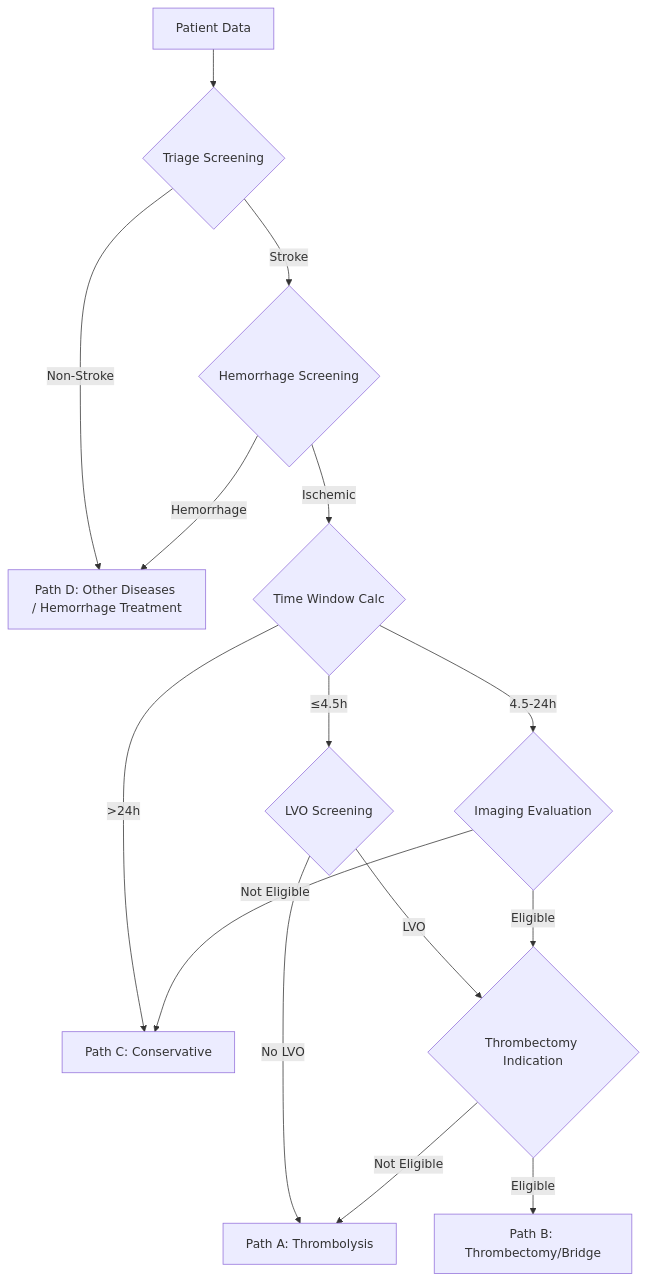
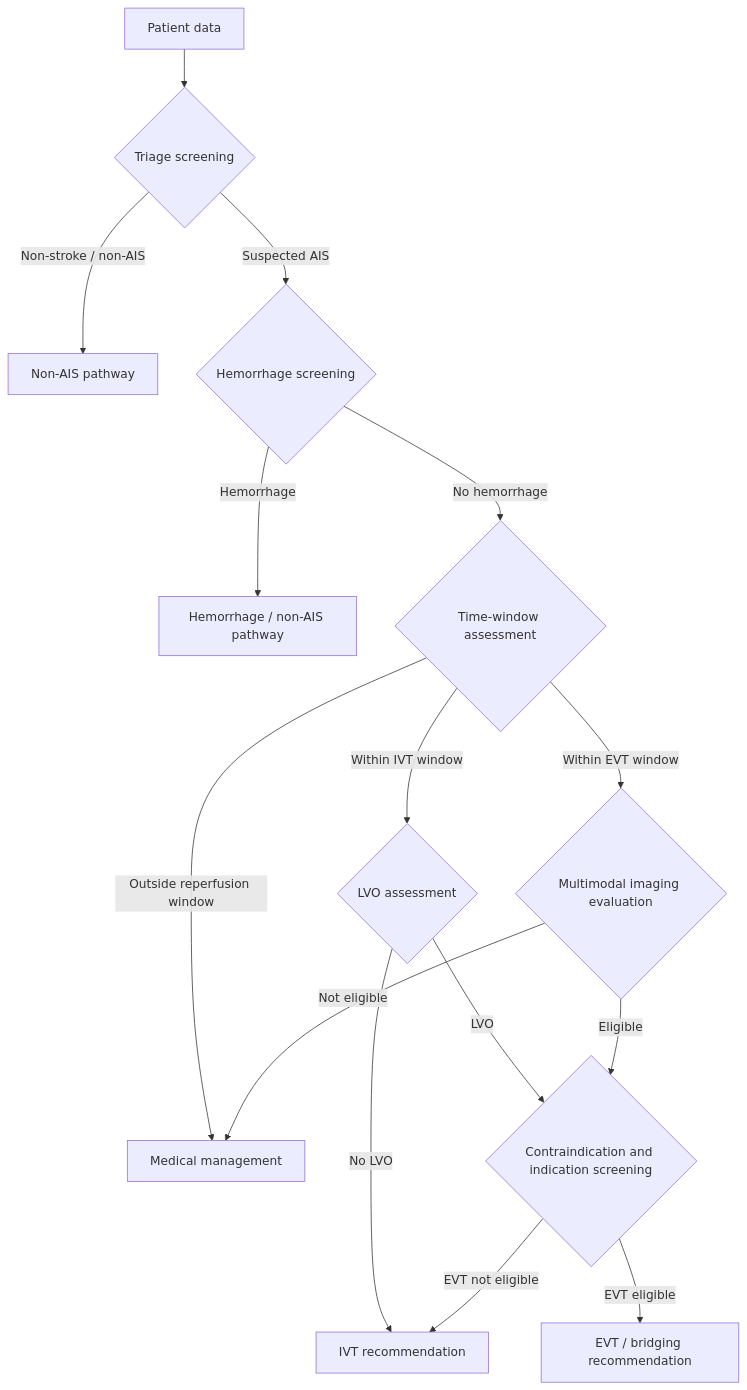
One commit to lz-code-2844/Stroke-CDSS changed the second of 2 diagrams in README.md. Above: the diagram before and after it, drawn with Mermaid. The commit also changed other lines of this file and 2 other files, not shown here.

````diff
--- a/README.md
+++ b/README.md
@@ -127,17 +82,17 @@
 ```mermaid
 graph TD
-    A[Patient Data] --> B{Triage Screening}
-    B -->|Stroke| C{Hemorrhage Screening}
-    B -->|Non-Stroke| D[Path D: Other Diseases / Hemorrhage Treatment]
-    C -->|Hemorrhage| D
-    C -->|Ischemic| F{Time Window Calc}
-    F -->|>24h| H[Path C: Conservative]
-    F -->|≤4.5h| I{LVO Screening}
-    F -->|4.5-24h| J{Imaging Evaluation}
-    I -->|No LVO| K[Path A: Thrombolysis]
-    I -->|LVO| L{Thrombectomy Indication}
-    J -->|Not Eligible| H
-    J -->|Eligible| L
-    L -->|Eligible| M[Path B: Thrombectomy/Bridge]
-    L -->|Not Eligible| K
+    A[Patient data] --> B{Triage screening}
+    B -->|Non-stroke / non-AIS| D[Non-AIS pathway]
+    B -->|Suspected AIS| C{Hemorrhage screening}
+    C -->|Hemorrhage| D2[Hemorrhage / non-AIS pathway]
+    C -->|No hemorrhage| F{Time-window assessment}
+    F -->|Outside reperfusion window| M[Medical management]
+    F -->|Within IVT window| I{LVO assessment}
+    F -->|Within EVT window| J{Multimodal imaging evaluation}
+    I -->|No LVO| V[IVT recommendation]
+    I -->|LVO| R{Contraindication and indication screening}
+    J -->|Not eligible| M
+    J -->|Eligible| R
+    R -->|EVT eligible| E[EVT / bridging recommendation]
+    R -->|EVT not eligible| V
 ```
````
